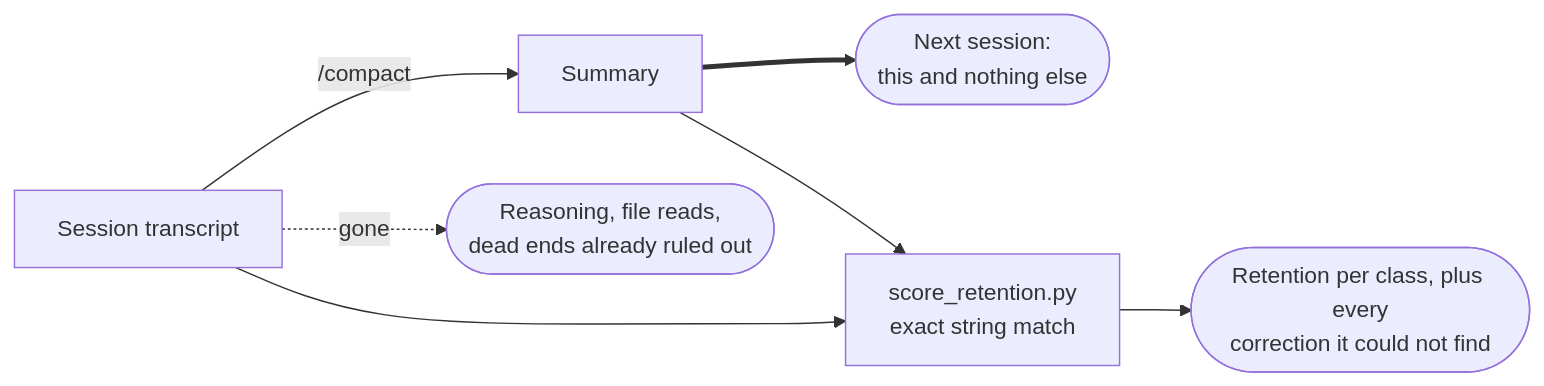
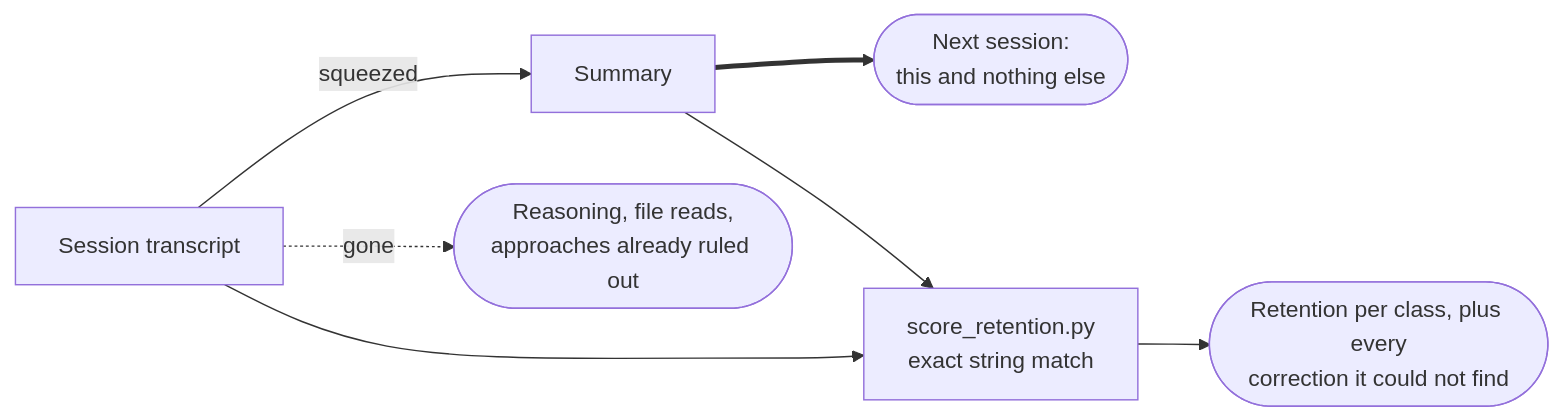
Before and after one commit to fledgeling-co/fledgeling-plugins: the diagram in plugins/braindump/README.md, drawn with Mermaid. The commit also changed other lines of this file and 6 other files, not shown here.

````diff
--- a/plugins/braindump/README.md
+++ b/plugins/braindump/README.md
@@ -35,9 +50,9 @@
 ```mermaid
 flowchart LR
-    T["Session transcript"] -->|"/compact"| S["Summary"]
-    T -.->|"gone"| G(["Reasoning, file reads,<br/>dead ends already ruled out"])
+    T["Session transcript"] -->|"squeezed"| S["Summary"]
+    T -.->|"gone"| G(["Reasoning, file reads,<br/>approaches already ruled out"])
     S ==> N(["Next session:<br/>this and nothing else"])
     T --> SC["score_retention.py<br/>exact string match"]
     S --> SC
     SC --> R(["Retention per class, plus every<br/>correction it could not find"])
 ```
````
